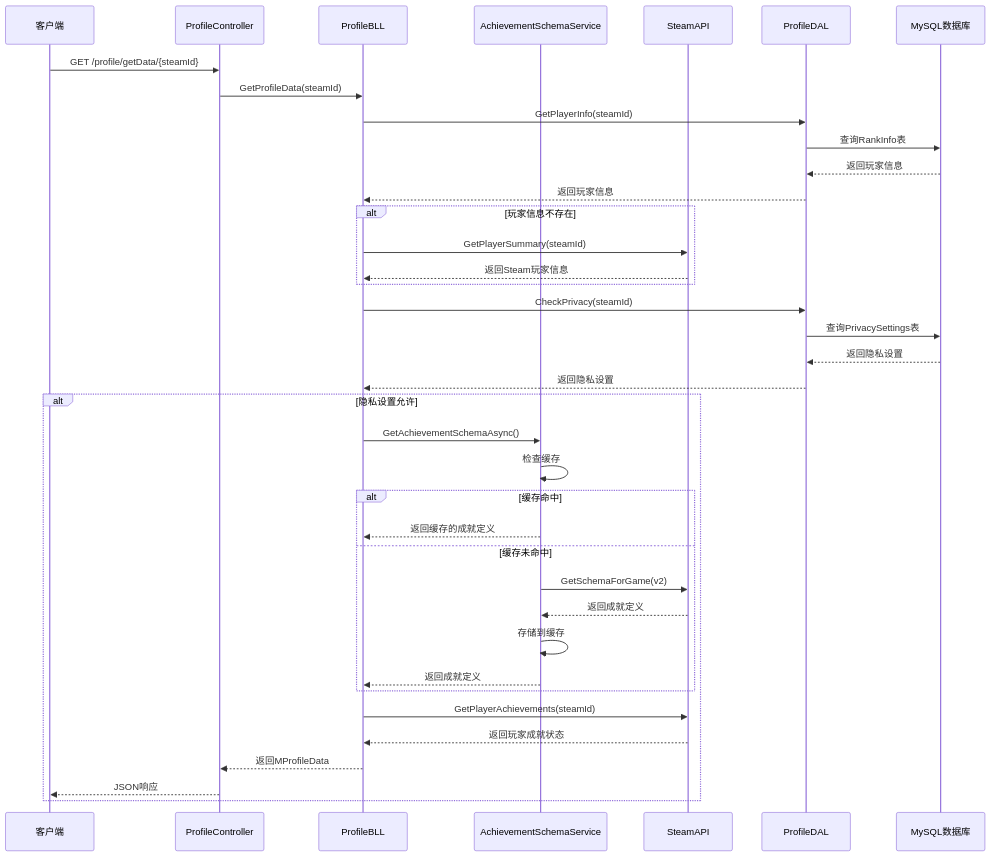
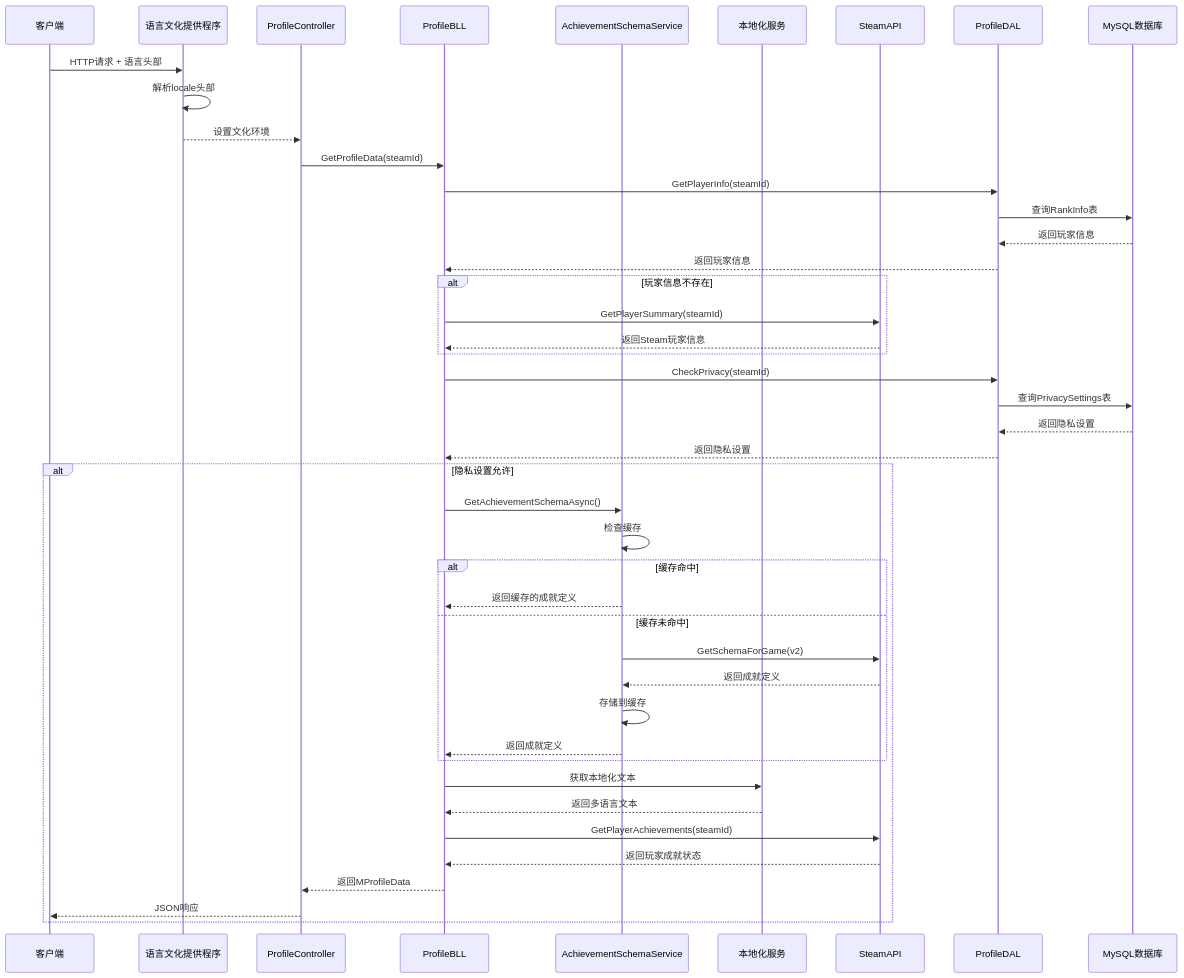
Before and after one commit to TinyMaD/SpeedRunnersLab: the second of 22 diagrams in .qoder/repowiki/zh/content/后端 API 服务/用户管理模块/个人资料系统.md, drawn with Mermaid. The commit also changed other lines of this file and 34 other files, not shown here.

````diff
--- a/.qoder/repowiki/zh/content/后端 API 服务/用户管理模块/个人资料系统.md
+++ b/.qoder/repowiki/zh/content/后端 API 服务/用户管理模块/个人资料系统.md
@@ -159,40 +185,46 @@
 ```mermaid
 sequenceDiagram
 participant Client as 客户端
+participant LocaleProvider as 语言文化提供程序
 participant Controller as ProfileController
 participant BLL as ProfileBLL
 participant SchemaService as AchievementSchemaService
+participant Localizer as 本地化服务
 participant Steam as SteamAPI
 participant DAL as ProfileDAL
 participant DB as MySQL数据库
-Client->>Controller : GET /profile/getData/{steamId}
+Client->>LocaleProvider : HTTP请求 + 语言头部
+LocaleProvider->>LocaleProvider : 解析locale头部
+LocaleProvider-->>Controller : 设置文化环境
 Controller->>BLL : GetProfileData(steamId)
 BLL->>DAL : GetPlayerInfo(steamId)
 DAL->>DB : 查询RankInfo表
 DB-->>DAL : 返回玩家信息
 DAL-->>BLL : 返回玩家信息
 alt 玩家信息不存在
 BLL->>Steam : GetPlayerSummary(steamId)
 Steam-->>BLL : 返回Steam玩家信息
 end
 BLL->>DAL : CheckPrivacy(steamId)
 DAL->>DB : 查询PrivacySettings表
 DB-->>DAL : 返回隐私设置
 DAL-->>BLL : 返回隐私设置
 alt 隐私设置允许
 BLL->>SchemaService : GetAchievementSchemaAsync()
 SchemaService->>SchemaService : 检查缓存
 alt 缓存命中
 SchemaService-->>BLL : 返回缓存的成就定义
 else 缓存未命中
 SchemaService->>Steam : GetSchemaForGame(v2)
 Steam-->>SchemaService : 返回成就定义
 SchemaService->>SchemaService : 存储到缓存
 SchemaService-->>BLL : 返回成就定义
 end
+BLL->>Localizer : 获取本地化文本
+Localizer-->>BLL : 返回多语言文本
 BLL->>Steam : GetPlayerAchievements(steamId)
 Steam-->>BLL : 返回玩家成就状态
 BLL-->>Controller : 返回MProfileData
 Controller-->>Client : JSON响应
 end
 ```
````
